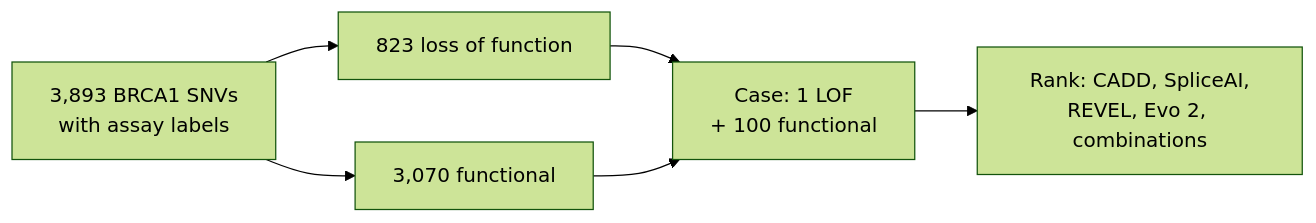
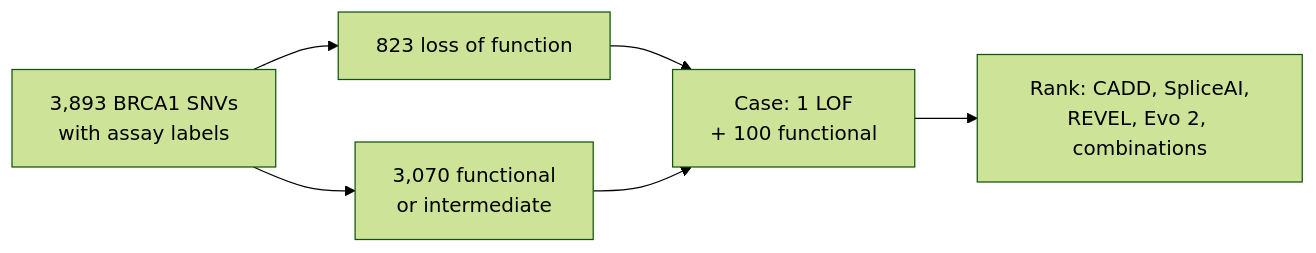
Before and after one commit to rewire-bio/amp-2026-studies: diagram 12 of 16 in GUIDE.md, drawn with Mermaid (forest theme). The commit also changed other lines of this file and 1 other file, not shown here.

````diff
--- a/GUIDE.md
+++ b/GUIDE.md
@@ -250,8 +284,8 @@
 ```mermaid
 flowchart LR
     s["3,893 BRCA1 SNVs<br/>with assay labels"] --> l["823 loss of function"]
-    s --> f["3,070 functional"]
+    s --> f["3,070 functional<br/>or intermediate"]
     l --> c["Case: 1 LOF<br/>+ 100 functional"]
     f --> c
     c --> r["Rank: CADD, SpliceAI,<br/>REVEL, Evo 2, combinations"]
 ```
````
